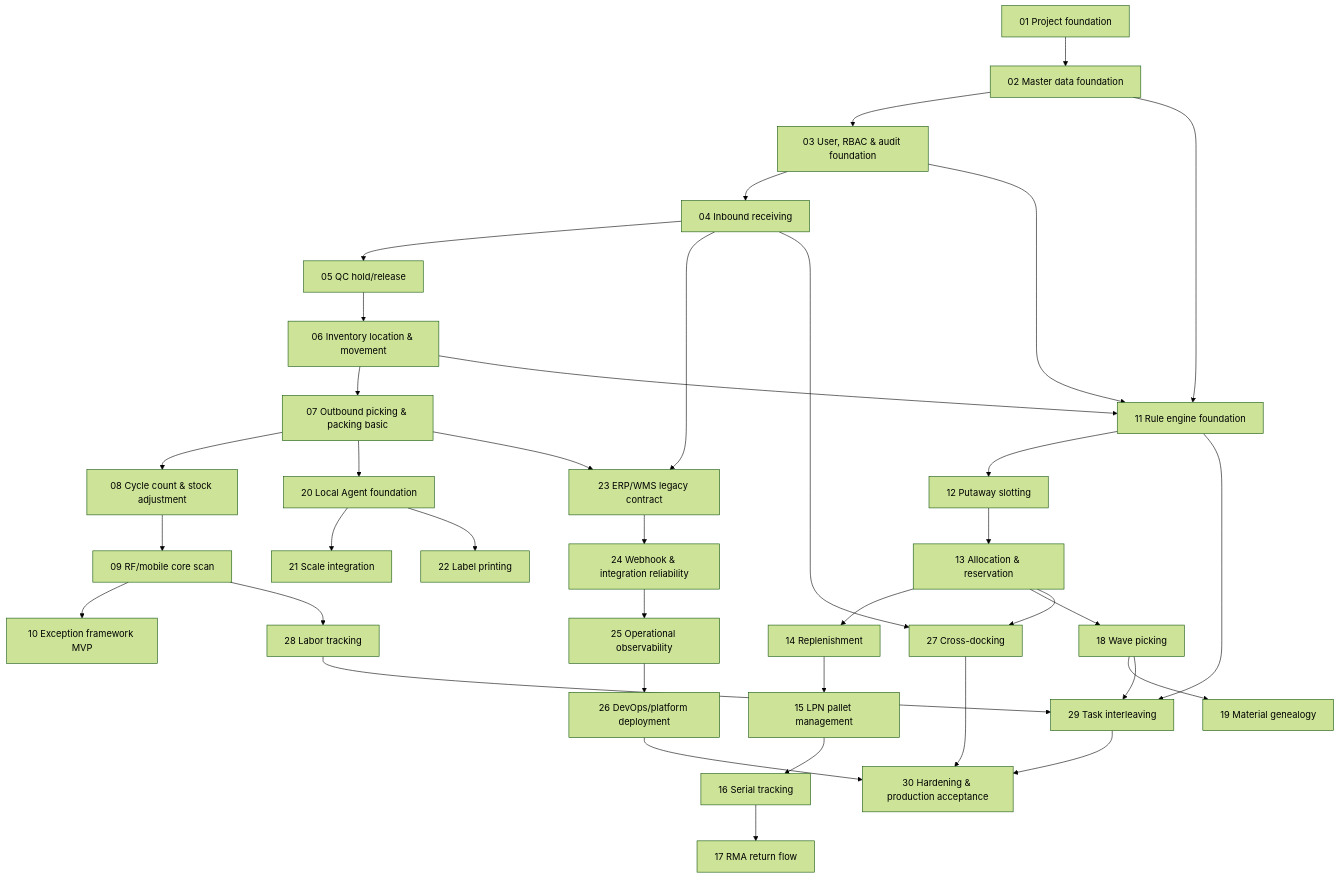
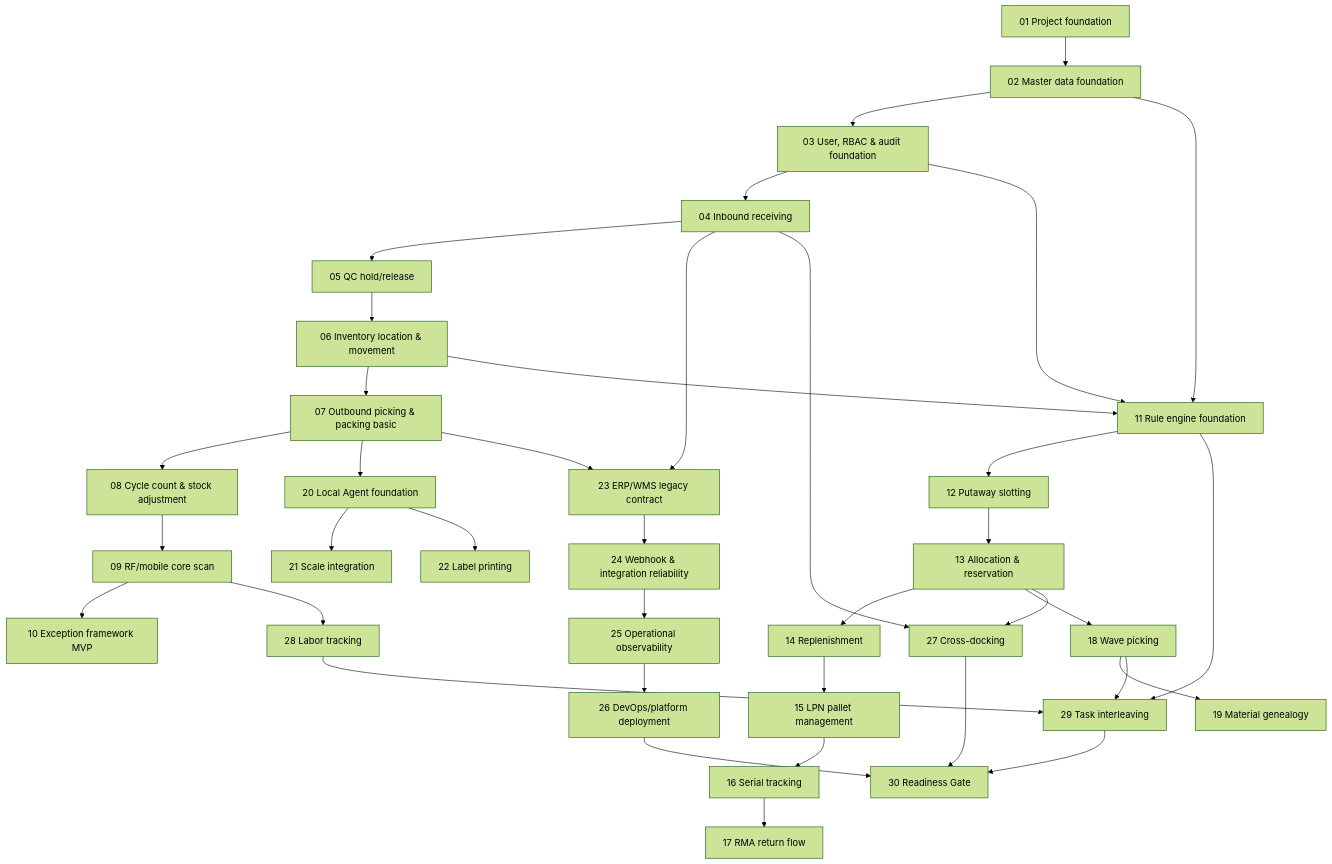
Before and after one commit to minhtalent-dev/nexustock: the diagram in planning/enterprise/phase_dependency_graph.md, drawn with Mermaid (forest theme). The commit also changed 13 other files, not shown here.

Commit message:
docs: add architecture decision records, schemas, and phase-based implementation plans for Nexustock enterprise warehouse planning

````diff
--- a/planning/enterprise/phase_dependency_graph.md
+++ b/planning/enterprise/phase_dependency_graph.md
@@ -22,40 +22,40 @@
 ```mermaid
 graph TD
     P01["01 Project foundation"] --> P02["02 Master data foundation"]
     P02 --> P03["03 User, RBAC & audit foundation"]
     P03 --> P04["04 Inbound receiving"]
     P04 --> P05["05 QC hold/release"]
     P05 --> P06["06 Inventory location & movement"]
     P06 --> P07["07 Outbound picking & packing basic"]
     P07 --> P08["08 Cycle count & stock adjustment"]
     P08 --> P09["09 RF/mobile core scan"]
     P09 --> P10["10 Exception framework MVP"]
     P02 --> P11["11 Rule engine foundation"]
     P03 --> P11
     P06 --> P11
     P11 --> P12["12 Putaway slotting"]
     P12 --> P13["13 Allocation & reservation"]
     P13 --> P14["14 Replenishment"]
     P14 --> P15["15 LPN pallet management"]
     P15 --> P16["16 Serial tracking"]
     P16 --> P17["17 RMA return flow"]
     P13 --> P18["18 Wave picking"]
     P18 --> P19["19 Material genealogy"]
     P07 --> P20["20 Local Agent foundation"]
     P20 --> P21["21 Scale integration"]
     P20 --> P22["22 Label printing"]
     P04 --> P23["23 ERP/WMS legacy contract"]
     P07 --> P23
     P23 --> P24["24 Webhook & integration reliability"]
     P24 --> P25["25 Operational observability"]
     P25 --> P26["26 DevOps/platform deployment"]
     P04 --> P27["27 Cross-docking"]
     P13 --> P27
     P09 --> P28["28 Labor tracking"]
     P11 --> P29["29 Task interleaving"]
     P18 --> P29
     P28 --> P29
-    P26 --> P30["30 Hardening & production acceptance"]
+    P26 --> P30["30 Readiness Gate"]
     P27 --> P30
     P29 --> P30
 ```
````
